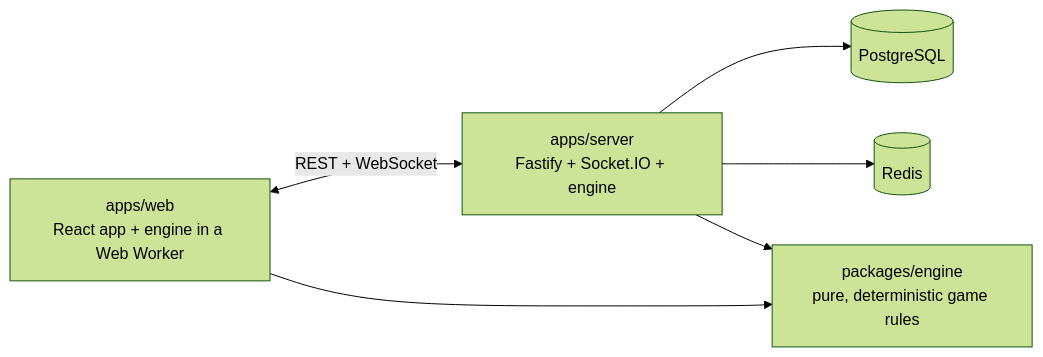
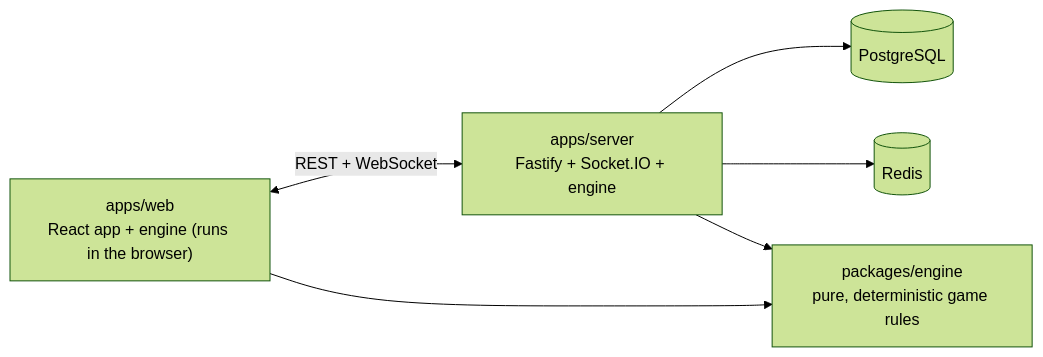
The diagram in README.md (KANISHQ09/Team-Gravity), drawn with Mermaid (forest theme) before and after one commit. The commit also changed other lines of this file and 88 other files, not shown here.

Commit message:
feat: Phase 8 MVP - engine, catalog, six-stage web game, server API and co-op rooms (#4)

````diff
--- a/README.md
+++ b/README.md
@@ -37,8 +40,8 @@
 ```mermaid
 flowchart LR
-  WEB["apps/web<br/>React app + engine in a Web Worker"] <-->|"REST + WebSocket"| SRV["apps/server<br/>Fastify + Socket.IO + engine"]
+  WEB["apps/web<br/>React app + engine (runs in the browser)"] <-->|"REST + WebSocket"| SRV["apps/server<br/>Fastify + Socket.IO + engine"]
   SRV --> PG[("PostgreSQL")]
   SRV --> RD[("Redis")]
   WEB --> ENG["packages/engine<br/>pure, deterministic game rules"]
   SRV --> ENG
 ```
````
